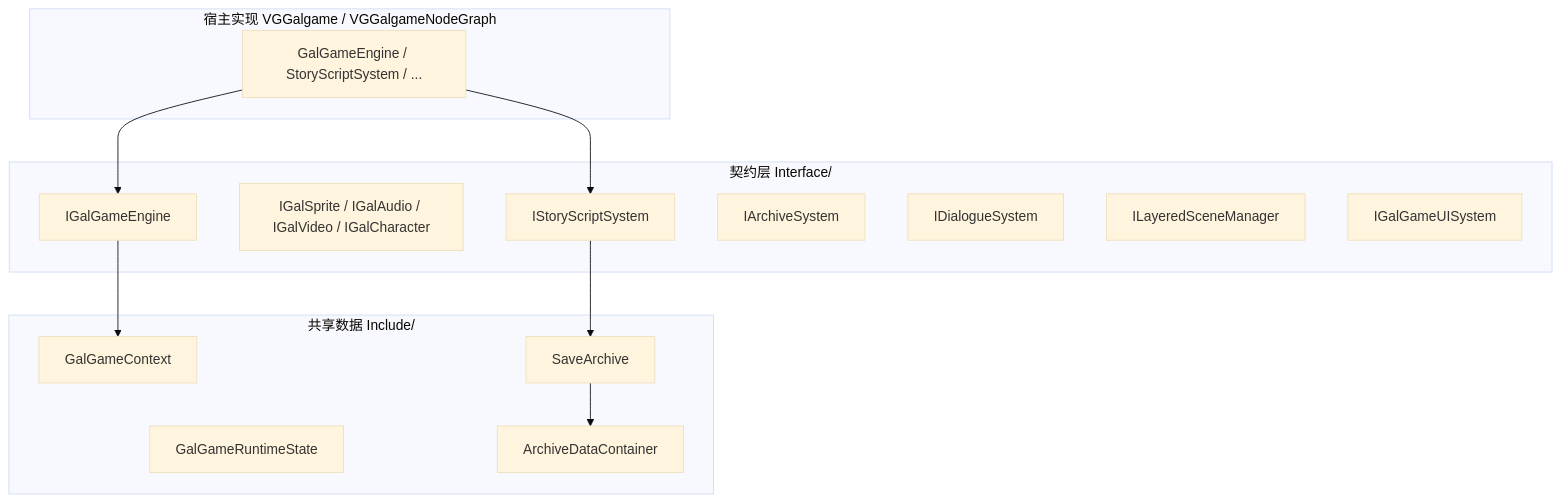
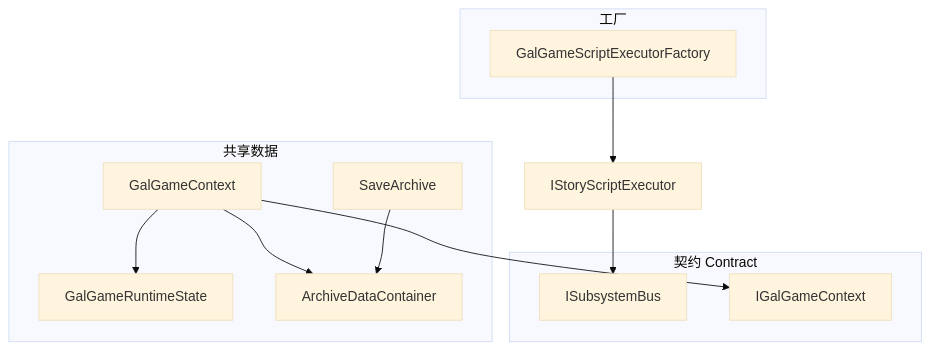
One commit to DarlingZeroX/Neverness changed the second of 2 diagrams in Engine/Source/RuntimeGalgame/VGGalgameRuntimeCore/Docs/MODULE_ARCHITECTURE_AND_PROGRESS.md. Above: the diagram before and after it, drawn with Mermaid (base theme). The commit also changed other lines of this file and 81 other files, not shown here.

````diff
--- a/Engine/Source/RuntimeGalgame/VGGalgameRuntimeCore/Docs/MODULE_ARCHITECTURE_AND_PROGRESS.md
+++ b/Engine/Source/RuntimeGalgame/VGGalgameRuntimeCore/Docs/MODULE_ARCHITECTURE_AND_PROGRESS.md
@@ -66,29 +81,22 @@
 ```mermaid
 flowchart TB
-  subgraph Contracts["契约层 Interface/"]
-    IGE[IGalGameEngine]
-    IGO[IGalSprite / IGalAudio / IGalVideo / IGalCharacter]
-    ISS[IStoryScriptSystem]
-    IARCH[IArchiveSystem]
-    IDLG[IDialogueSystem]
-    ILAY[ILayeredSceneManager]
-    IUI[IGalGameUISystem]
-  end
-
-  subgraph Data["共享数据 Include/"]
+  subgraph Data["共享数据"]
     CTX[GalGameContext]
     RST[GalGameRuntimeState]
+    ADC[ArchiveDataContainer]
     SAV[SaveArchive]
-    ADC[ArchiveDataContainer]
   end
-
-  subgraph Host["宿主实现 VGGalgame / VGGalgameNodeGraph"]
-    IMPL[GalGameEngine / StoryScriptSystem / ...]
+  subgraph Factory["工厂"]
+    F[GalGameScriptExecutorFactory]
   end
-
-  IGE --> CTX
-  ISS --> SAV
+  subgraph Contract["契约 Contract"]
+    BUS[ISubsystemBus]
+    ICTX[IGalGameContext]
+  end
+  CTX --> ICTX
+  CTX --> RST
+  CTX --> ADC
   SAV --> ADC
-  IMPL --> IGE
-  IMPL --> ISS
+  F --> Executor[IStoryScriptExecutor]
+  Executor --> BUS
 ```
````
